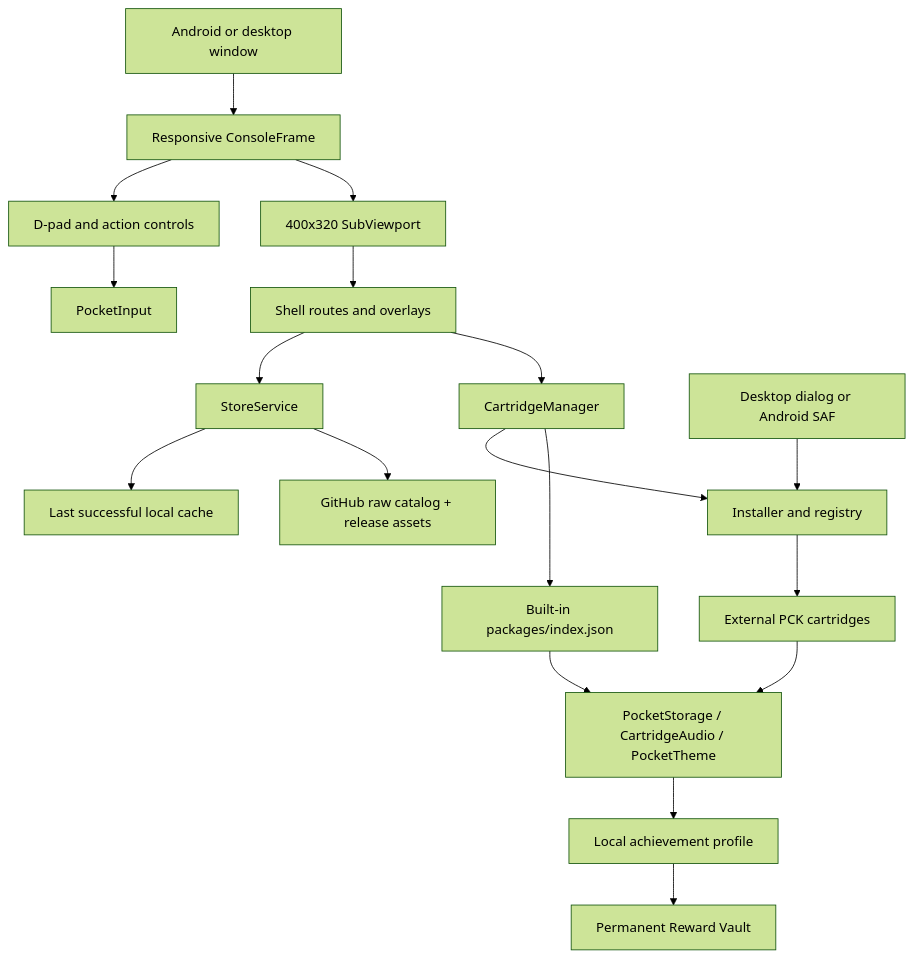
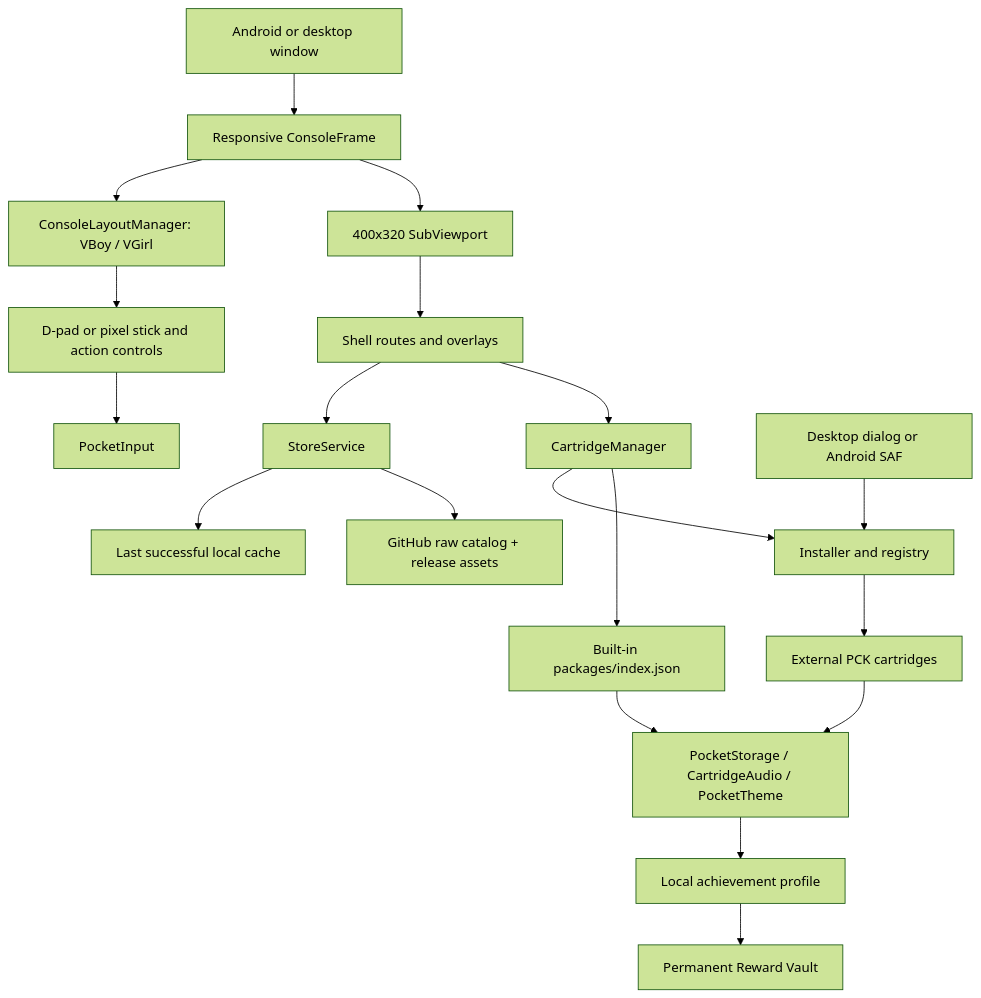
One commit to Creep7er/OpenPocket changed the diagram in ARCHITECTURE.md. Above: the diagram before and after it, drawn with Mermaid (forest theme). The commit also changed other lines of this file and 58 other files, not shown here.

````diff
--- a/ARCHITECTURE.md
+++ b/ARCHITECTURE.md
@@ -5,20 +5,21 @@
 ```mermaid
 flowchart TD
     Android["Android or desktop window"] --> Frame["Responsive ConsoleFrame"]
     Frame --> Display["400x320 SubViewport"]
-    Frame --> Touch["D-pad and action controls"]
+    Frame --> Profiles["ConsoleLayoutManager: VBoy / VGirl"]
+    Profiles --> Touch["D-pad or pixel stick and action controls"]
     Display --> Shell["Shell routes and overlays"]
     Shell --> Manager["CartridgeManager"]
     Shell --> Store["StoreService"]
     Manager --> Builtins["Built-in packages/index.json"]
     Manager --> Installer["Installer and registry"]
     Installer --> External["External PCK cartridges"]
     Touch --> Input["PocketInput"]
     Builtins --> APIs["PocketStorage / CartridgeAudio / PocketTheme"]
     External --> APIs
     Picker["Desktop dialog or Android SAF"] --> Installer
     Store --> GitHub["GitHub raw catalog + release assets"]
     Store --> Cache["Last successful local cache"]
     APIs --> Achievements["Local achievement profile"]
     Achievements --> Vault["Permanent Reward Vault"]
 ```
````
